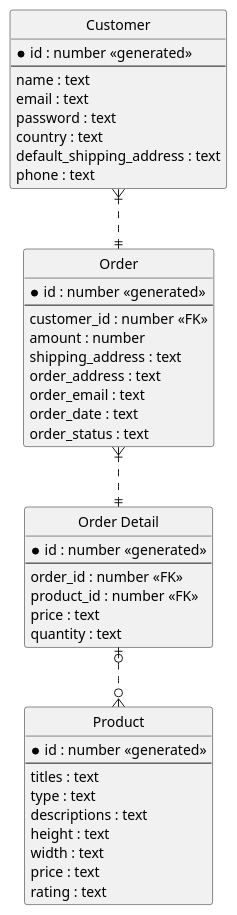
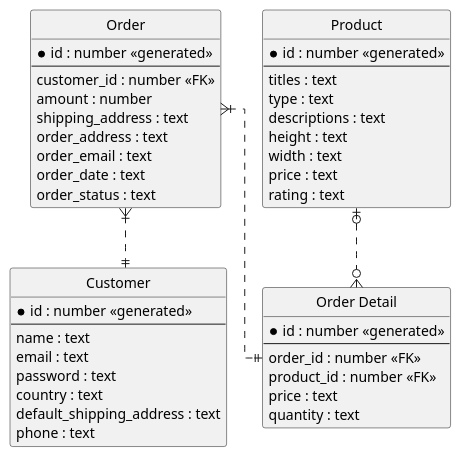
The diagram in uml/diagram.puml (laniasepsutisna/tugas-xa), drawn with PlantUML before and after one commit. The commit also changed 1 other file, not shown here.

```diff
--- a/uml/diagram.puml
+++ b/uml/diagram.puml
@@ -1,57 +1,57 @@
 @startuml
 
 ' hide the spot
 hide circle
 
 ' avoid problems with angled crows feet
 skinparam linetype ortho
 
 entity "Customer" as e01 {
   *id : number <<generated>>
   --
   name : text
   email : text
   password : text
   country : text
   default_shipping_address : text
   phone : text
 }
 
 entity "Order" as e02 {
   *id : number <<generated>>
   --
   customer_id : number <<FK>>
   amount : number
   shipping_address : text
   order_address : text
   order_email : text
   order_date : text
   order_status : text
 }
 
 entity "Order Detail" as e03 {
   *id : number <<generated>>
   --
   order_id : number <<FK>>
   product_id : number <<FK>>
   price : text
   quantity : text
 }
 
 entity "Product" as e04 {
   *id : number <<generated>>
   --
   titles : text
   type : text
   descriptions : text
   height : text
   width : text
   price : text
   rating : text
 }
 
-e01 }|..|| e02
+e02 }|..|| e01
+e04 |o..o{ e03
 e02 }|..|| e03
-e03 |o..o{ e04
 
 @enduml
```
